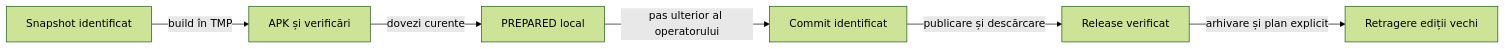
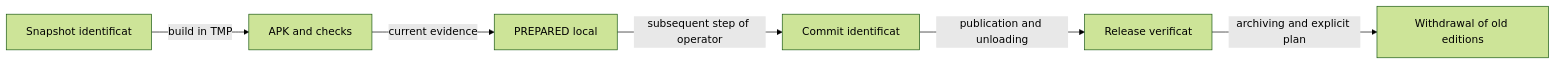
Before and after one commit to crististefanita/atf_j4: the diagram in docs/platform/ATF_ReleaseRetention.md, drawn with Mermaid (forest theme). The commit also changed other lines of this file and 122 other files, not shown here.

````diff
--- a/docs/platform/ATF_ReleaseRetention.md
+++ b/docs/platform/ATF_ReleaseRetention.md
@@ -58,8 +58,8 @@
 ```mermaid
 flowchart LR
-    SOURCE[Snapshot identificat] -->|build în TMP| APK[APK și verificări]
-    APK -->|dovezi curente| LOCAL[PREPARED local]
-    LOCAL -->|pas ulterior al operatorului| BOUND[Commit identificat]
-    BOUND -->|publicare și descărcare| LIVE[Release verificat]
-    LIVE -->|arhivare și plan explicit| RETIRE[Retragere ediții vechi]
+    SOURCE[Snapshot identificat] -->|build in TMP| APK[APK and checks]
+    APK -->|current evidence| LOCAL[PREPARED local]
+    LOCAL -->|subsequent step of operator| BOUND[Commit identificat]
+    BOUND -->|publication and unloading| LIVE[Release verificat]
+    LIVE -->|archiving and explicit plan| RETIRE[Withdrawal of old editions]
 ```
````
